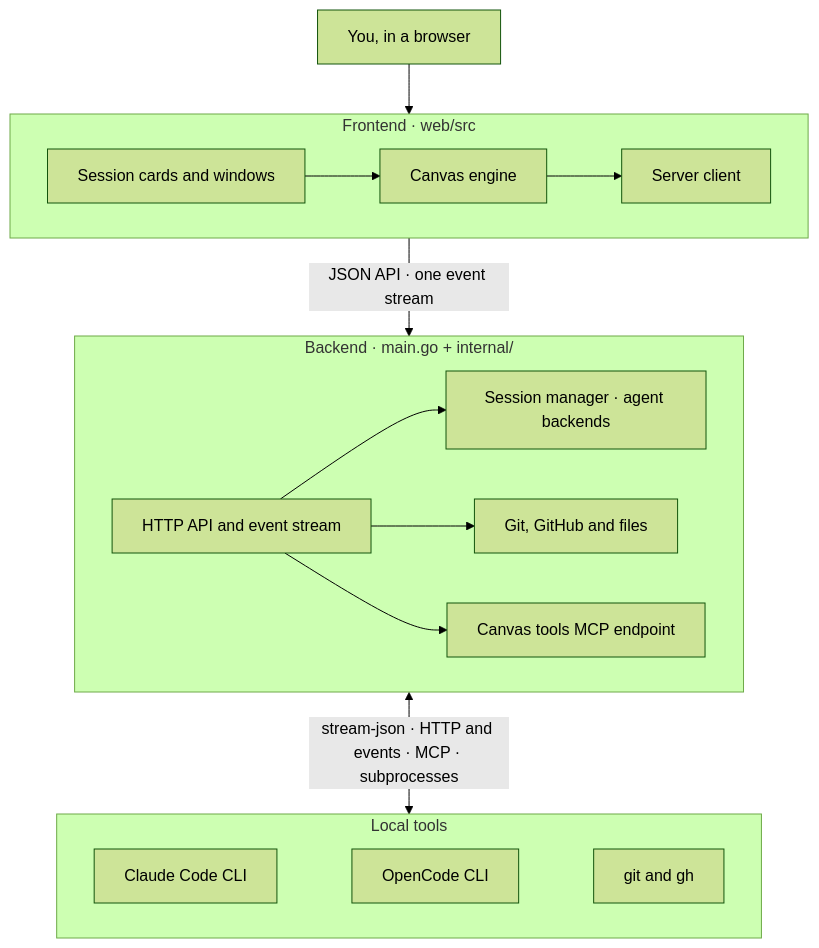
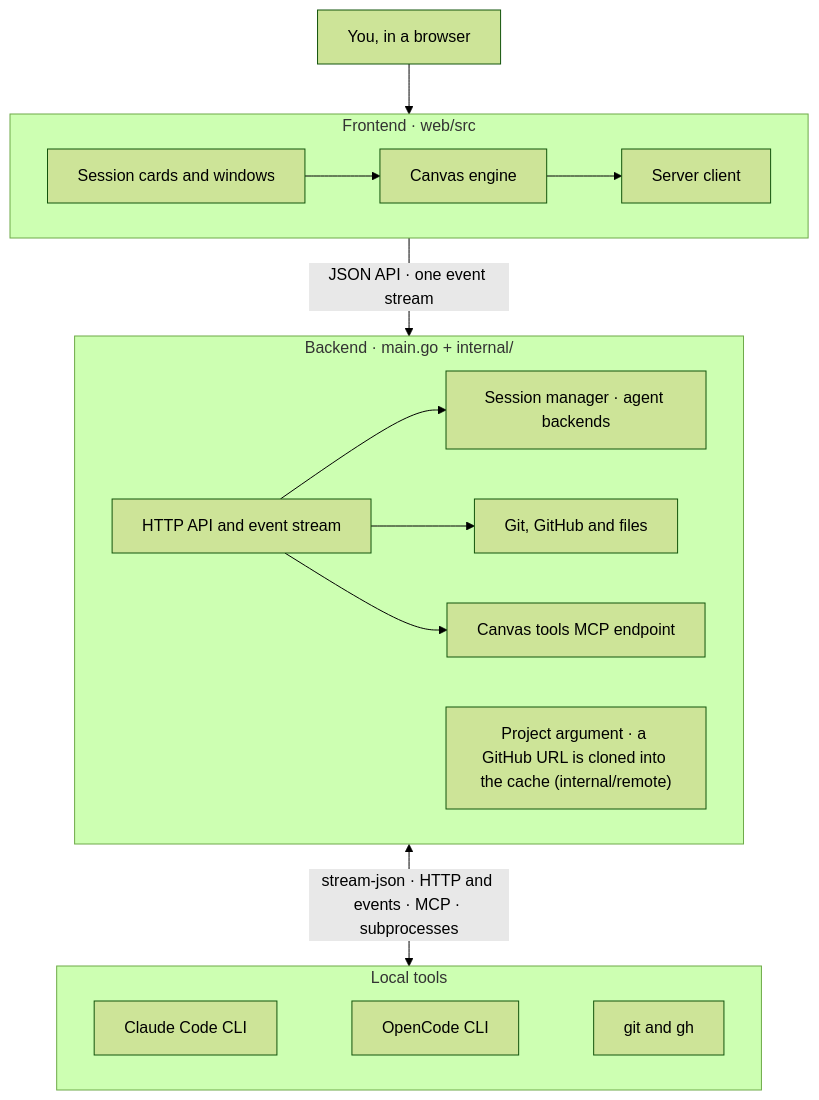
Before and after one commit to AK-Lmn/drawa: the second of 2 diagrams in CONTRIBUTING.md, drawn with Mermaid (forest theme). The commit also changed 14 other files, not shown here.

````diff
--- a/CONTRIBUTING.md
+++ b/CONTRIBUTING.md
@@ -121,25 +121,26 @@
 ```mermaid
 flowchart TB
   user["You, in a browser"]
 
   subgraph web["Frontend · web/src"]
     direction LR
     ui["Session cards and windows"] --> engine["Canvas engine"] --> client["Server client"]
   end
 
   subgraph go["Backend · main.go + internal/"]
     direction LR
     api["HTTP API and event stream"] --> procs["Session manager · agent backends"]
     api --> repo["Git, GitHub and files"]
     api --> mcp["Canvas tools MCP endpoint"]
+    cli["Project argument · a GitHub URL is cloned into the cache (internal/remote)"]
   end
 
   subgraph tools["Local tools"]
     direction LR
     claude["Claude Code CLI"] ~~~ oc["OpenCode CLI"] ~~~ gitgh["git and gh"]
   end
 
   user --> web
   web -- "JSON API · one event stream" --> go
   go <-- "stream-json · HTTP and events · MCP · subprocesses" --> tools
 ```
````
